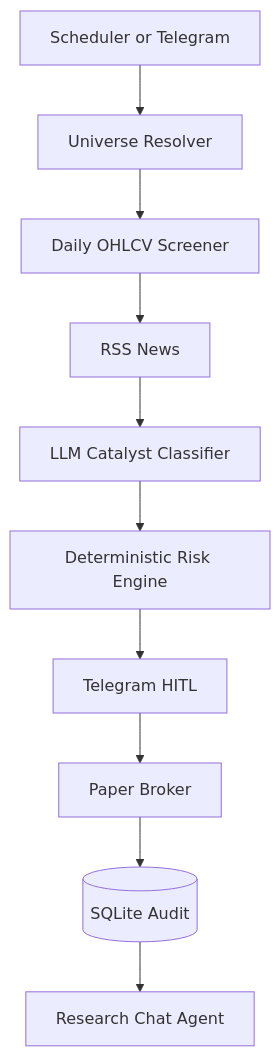
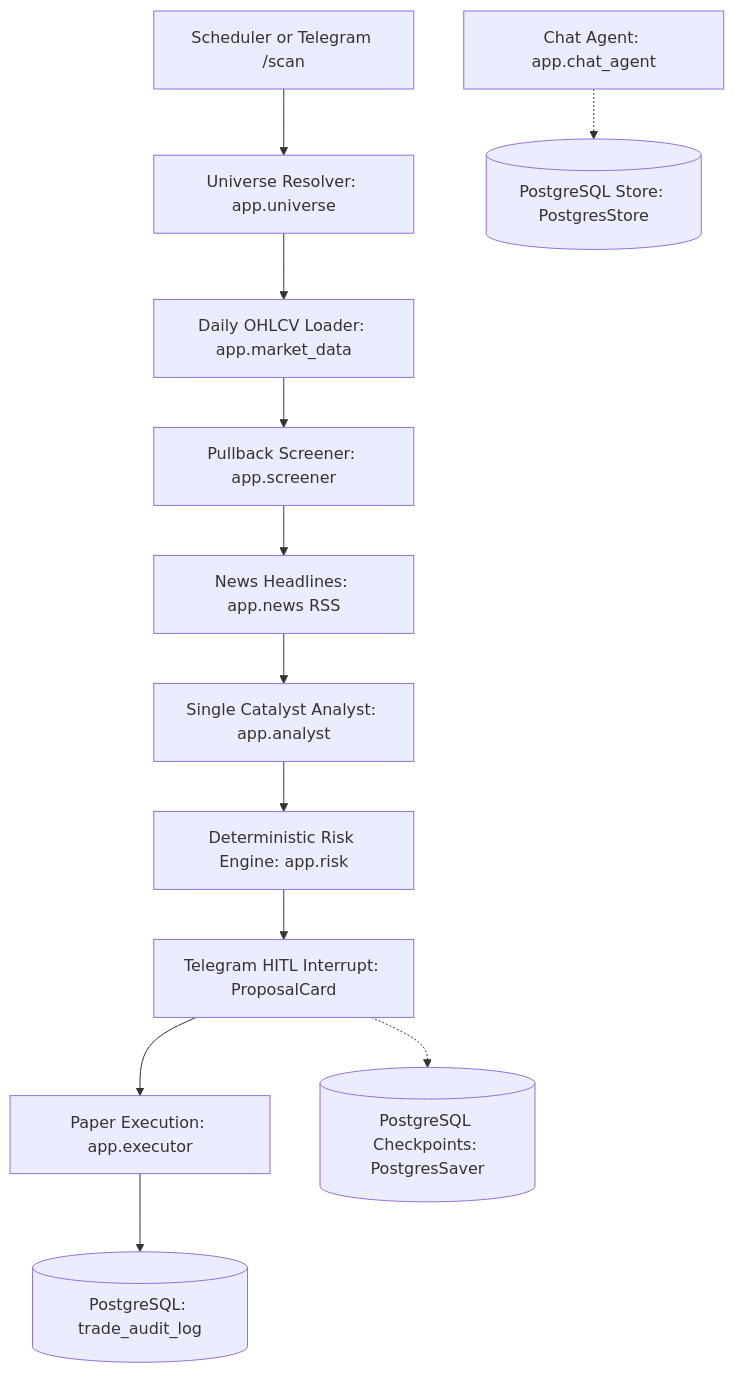
One commit to azharameen/my-agentic-trader changed the first of 2 diagrams in docs/architecture.md. Above: the diagram before and after it, drawn with Mermaid. The commit also changed other lines of this file and 35 other files, not shown here.

Commit message:
refactor: eliminate SQLite completely in favor of unified PostgreSQL persistence (ADR-023)

````diff
--- a/docs/architecture.md
+++ b/docs/architecture.md
@@ -31,12 +34,14 @@
 ```mermaid
 flowchart TD
-    A[Scheduler or Telegram] --> B[Universe Resolver]
-    B --> C[Daily OHLCV Screener]
-    C --> D[RSS News]
-    D --> E[LLM Catalyst Classifier]
-    E --> F[Deterministic Risk Engine]
-    F --> G[Telegram HITL]
-    G --> H[Paper Broker]
-    H --> I[(SQLite Audit)]
-    I --> J[Research Chat Agent]
+    A[Scheduler or Telegram /scan] --> B[Universe Resolver: app.universe]
+    B --> C[Daily OHLCV Loader: app.market_data]
+    C --> D[Pullback Screener: app.screener]
+    D --> E[News Headlines: app.news RSS]
+    E --> F[Single Catalyst Analyst: app.analyst]
+    F --> G[Deterministic Risk Engine: app.risk]
+    G --> H[Telegram HITL Interrupt: ProposalCard]
+    H --> I[Paper Execution: app.executor]
+    I --> J[(PostgreSQL: trade_audit_log)]
+    H -.-> K[(PostgreSQL Checkpoints: PostgresSaver)]
+    L[Chat Agent: app.chat_agent] -.-> M[(PostgreSQL Store: PostgresStore)]
 ```
````
